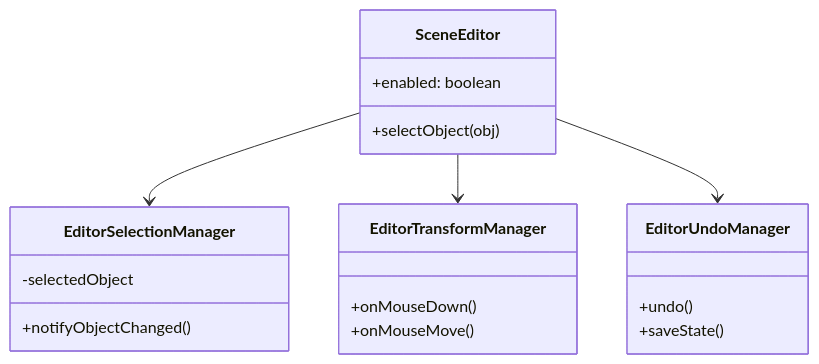
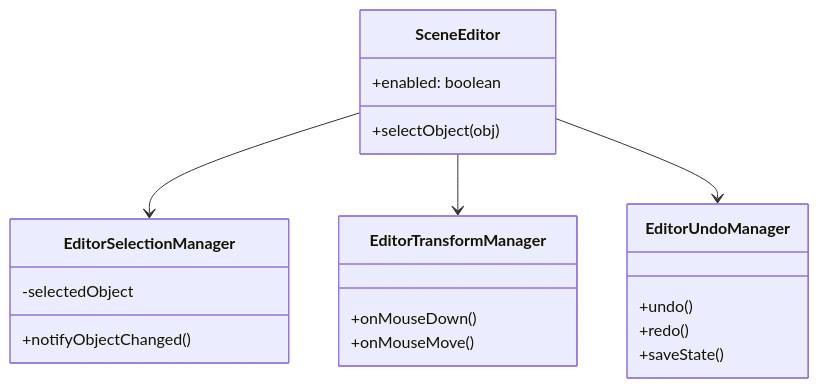
Before and after one commit to z-hunter/Quest: the diagram in tech-spec.md, drawn with Mermaid. The commit also changed other lines of this file, not shown here.

````diff
--- a/tech-spec.md
+++ b/tech-spec.md
@@ -16,23 +16,24 @@
 ```mermaid
 classDiagram
     class SceneEditor {
         +enabled: boolean
         +selectObject(obj)
     }
     class EditorSelectionManager {
         -selectedObject
         +notifyObjectChanged()
     }
     class EditorTransformManager {
         +onMouseDown()
         +onMouseMove()
     }
     class EditorUndoManager {
         +undo()
+        +redo()
         +saveState()
     }
     
     SceneEditor --> EditorSelectionManager
     SceneEditor --> EditorTransformManager
     SceneEditor --> EditorUndoManager
 ```
````
